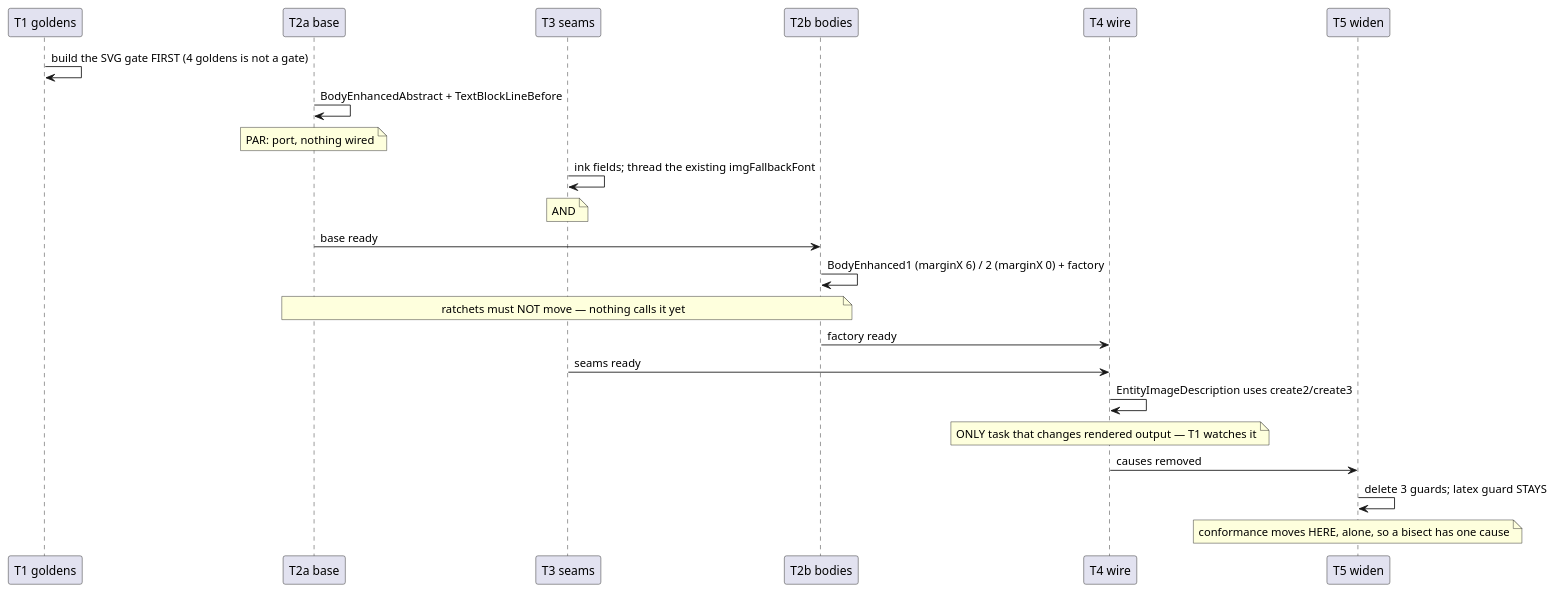
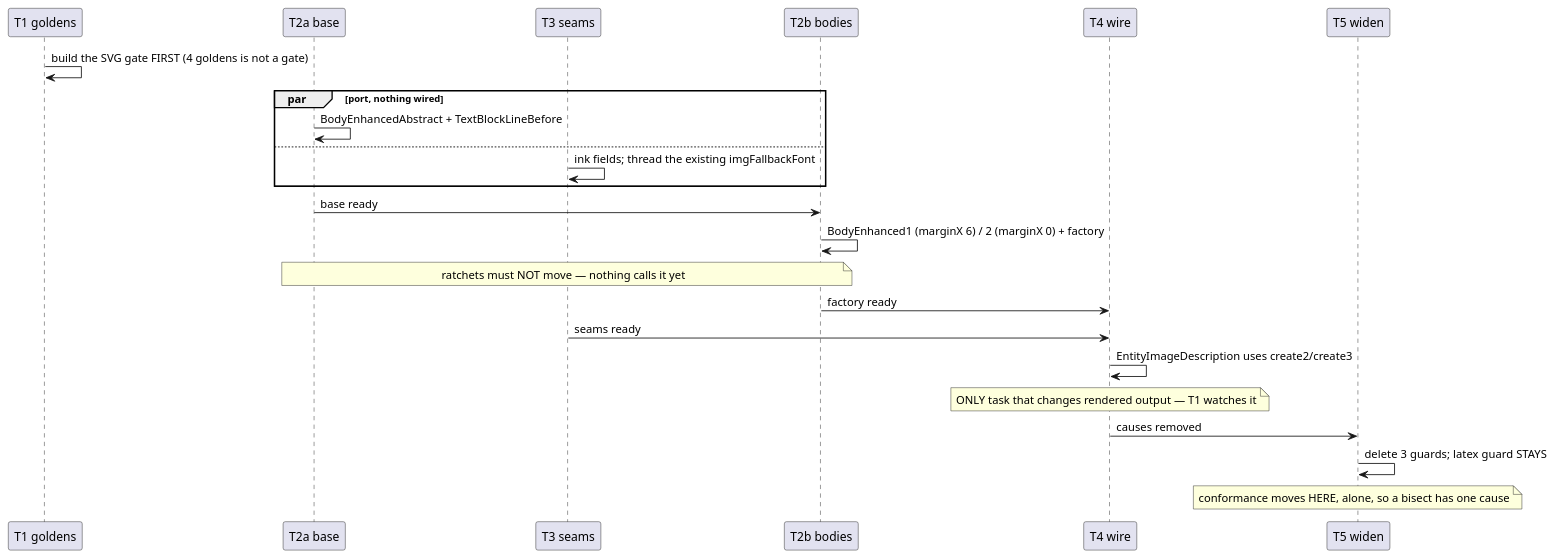
Before and after one commit to knowvah/plantuml-ts: the second of 3 diagrams in plans/bodyenhanced-atom-seams/diagrams/data-flow.md, drawn with PlantUML. The commit also changed 13 other files, not shown here.

First line of the commit message:
docs: restore real alt/else/loop grouping in the converted diagrams

````diff
--- a/plans/bodyenhanced-atom-seams/diagrams/data-flow.md
+++ b/plans/bodyenhanced-atom-seams/diagrams/data-flow.md
@@ -35,28 +35,26 @@
 ```plantuml
 @startuml
-' NOTE: mermaid grouping flattened -- alt/opt/loop/group render the whole
-' diagram EMPTY in plantuml-ts today (.agent-notes/plantuml-sequence-group-empty.md).
-' Original nesting: par port, nothing wired ; and
 participant "T1 goldens" as T1
 participant "T2a base" as T2a
 participant "T3 seams" as T3
 participant "T2b bodies" as T2b
 participant "T4 wire" as T4
 participant "T5 widen" as T5
 T1 -> T1 : build the SVG gate FIRST (4 goldens is not a gate)
-T2a -> T2a : BodyEnhancedAbstract + TextBlockLineBefore
-note over T2a : PAR: port, nothing wired
-T3 -> T3 : ink fields; thread the existing imgFallbackFont
-note over T3 : AND
+par port, nothing wired
+  T2a -> T2a : BodyEnhancedAbstract + TextBlockLineBefore
+else
+  T3 -> T3 : ink fields; thread the existing imgFallbackFont
+end
 T2a -> T2b : base ready
 T2b -> T2b : BodyEnhanced1 (marginX 6) / 2 (marginX 0) + factory
 note over T2a,T2b : ratchets must NOT move — nothing calls it yet
 T2b -> T4 : factory ready
 T3 -> T4 : seams ready
 T4 -> T4 : EntityImageDescription uses create2/create3
 note over T4 : ONLY task that changes rendered output — T1 watches it
 T4 -> T5 : causes removed
 T5 -> T5 : delete 3 guards; latex guard STAYS
 note over T5 : conformance moves HERE, alone, so a bisect has one cause
 @enduml
 ```
````
